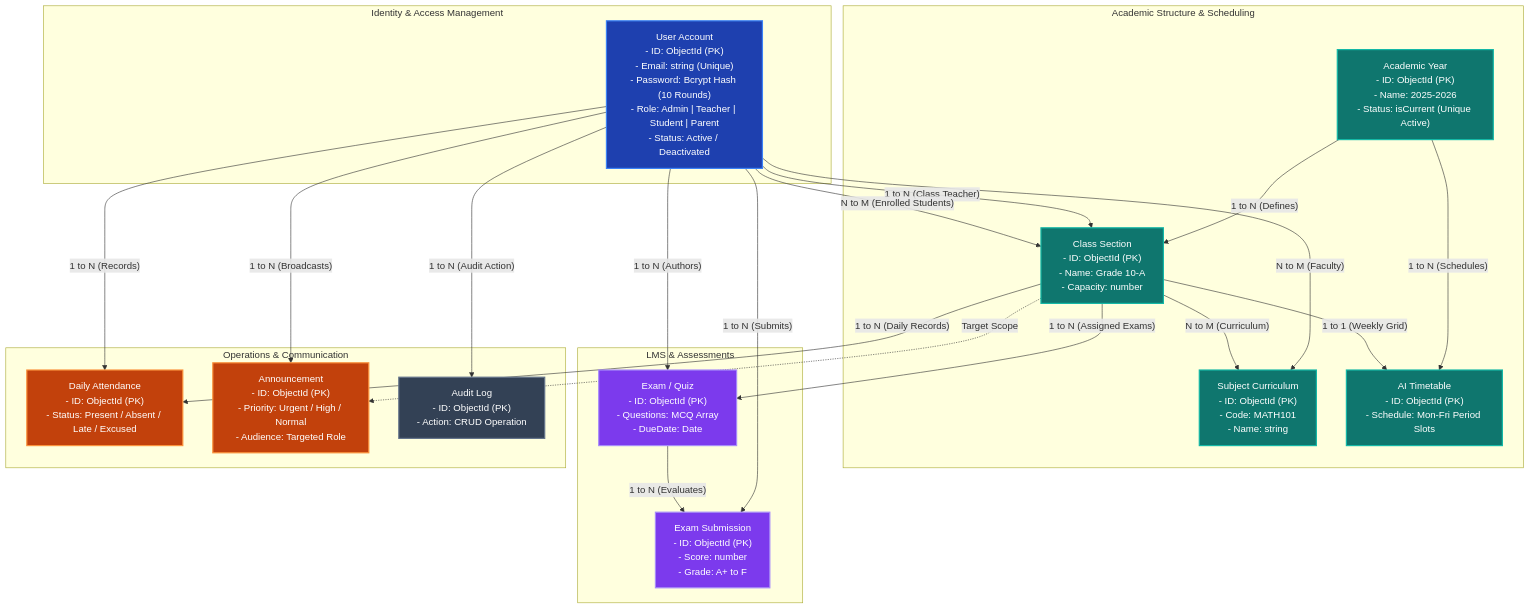
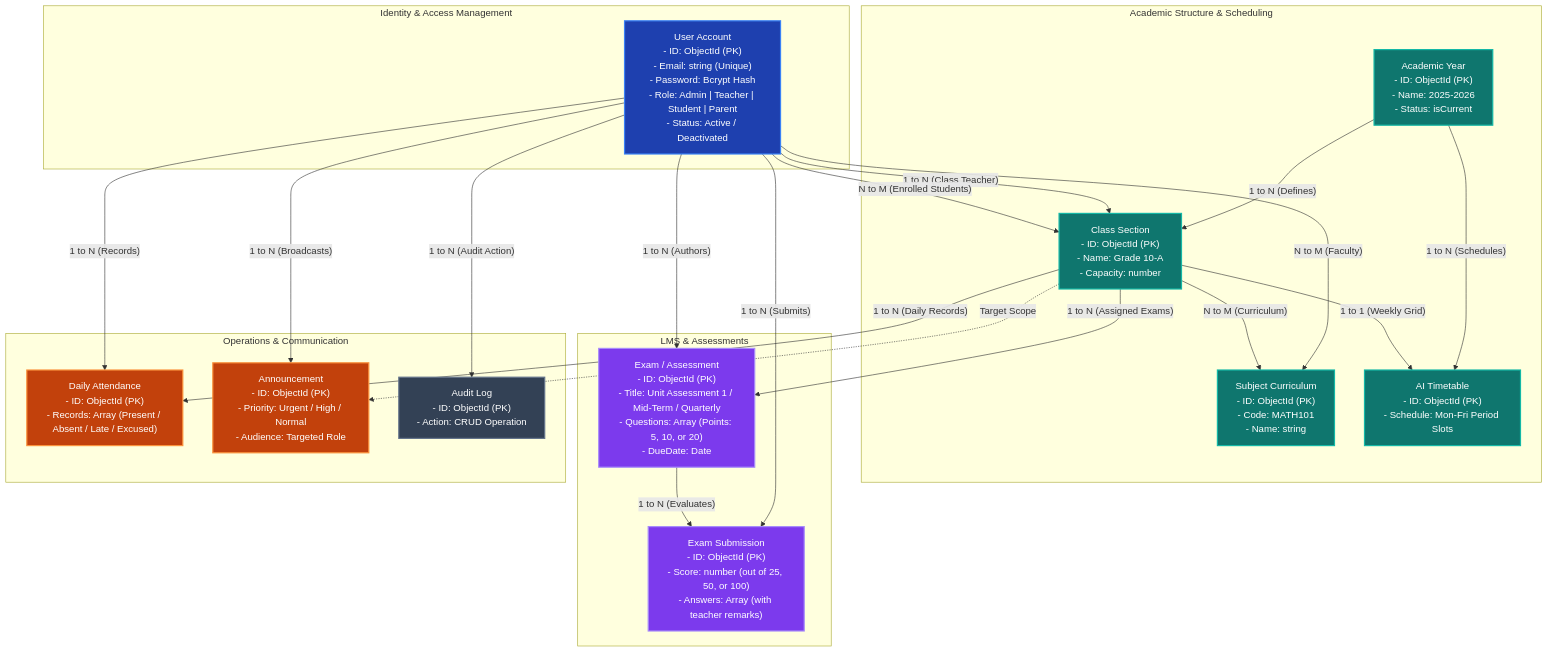
One commit to Sekhar01807/School-Management changed the second of 2 diagrams in readme.md. Above: the diagram before and after it, drawn with Mermaid. The commit also changed other lines of this file and 65 other files, not shown here.

````diff
--- a/readme.md
+++ b/readme.md
@@ -263,80 +283,81 @@
 ```mermaid
 flowchart TD
     classDef userNode fill:#1E40AF,stroke:#3B82F6,stroke-width:2px,color:#fff;
     classDef academicNode fill:#0F766E,stroke:#14B8A6,stroke-width:2px,color:#fff;
     classDef lmsNode fill:#7C3AED,stroke:#A78BFA,stroke-width:2px,color:#fff;
     classDef opsNode fill:#C2410C,stroke:#FB923C,stroke-width:2px,color:#fff;
     classDef logNode fill:#334155,stroke:#64748B,stroke-width:2px,color:#fff;
 
     subgraph UserManagement ["Identity & Access Management"]
         User["User Account
 - ID: ObjectId (PK)
 - Email: string (Unique)
-- Password: Bcrypt Hash (10 Rounds)
+- Password: Bcrypt Hash
 - Role: Admin | Teacher | Student | Parent
 - Status: Active / Deactivated"]:::userNode
     end
 
     subgraph AcademicCore ["Academic Structure & Scheduling"]
         AcademicYear["Academic Year
 - ID: ObjectId (PK)
 - Name: 2025-2026
-- Status: isCurrent (Unique Active)"]:::academicNode
+- Status: isCurrent"]:::academicNode
         ClassSection["Class Section
 - ID: ObjectId (PK)
 - Name: Grade 10-A
 - Capacity: number"]:::academicNode
         Subject["Subject Curriculum
 - ID: ObjectId (PK)
 - Code: MATH101
 - Name: string"]:::academicNode
         Timetable["AI Timetable
 - ID: ObjectId (PK)
 - Schedule: Mon-Fri Period Slots"]:::academicNode
     end
 
     subgraph LMSModule ["LMS & Assessments"]
-        Exam["Exam / Quiz
+        Exam["Exam / Assessment
 - ID: ObjectId (PK)
-- Questions: MCQ Array
+- Title: Unit Assessment 1 / Mid-Term / Quarterly
+- Questions: Array (Points: 5, 10, or 20)
 - DueDate: Date"]:::lmsNode
         Submission["Exam Submission
 - ID: ObjectId (PK)
-- Score: number
-- Grade: A+ to F"]:::lmsNode
+- Score: number (out of 25, 50, or 100)
+- Answers: Array (with teacher remarks)"]:::lmsNode
     end
 
     subgraph OperationsModule ["Operations & Communication"]
         Attendance["Daily Attendance
 - ID: ObjectId (PK)
-- Status: Present / Absent / Late / Excused"]:::opsNode
+- Records: Array (Present / Absent / Late / Excused)"]:::opsNode
         Announcement["Announcement
 - ID: ObjectId (PK)
 - Priority: Urgent / High / Normal
 - Audience: Targeted Role"]:::opsNode
         ActivitiesLog["Audit Log
 - ID: ObjectId (PK)
 - Action: CRUD Operation"]:::logNode
     end
 
     %% Relational Connections
     AcademicYear -->|"1 to N (Defines)"| ClassSection
     AcademicYear -->|"1 to N (Schedules)"| Timetable
     
     User -->|"1 to N (Class Teacher)"| ClassSection
     User -->|"N to M (Enrolled Students)"| ClassSection
     User -->|"N to M (Faculty)"| Subject
     User -->|"1 to N (Authors)"| Exam
     User -->|"1 to N (Submits)"| Submission
     User -->|"1 to N (Records)"| Attendance
     User -->|"1 to N (Broadcasts)"| Announcement
     User -->|"1 to N (Audit Action)"| ActivitiesLog
 
     ClassSection -->|"N to M (Curriculum)"| Subject
     ClassSection -->|"1 to 1 (Weekly Grid)"| Timetable
     ClassSection -->|"1 to N (Assigned Exams)"| Exam
     ClassSection -->|"1 to N (Daily Records)"| Attendance
     ClassSection -.->|"Target Scope"| Announcement
 
     Exam -->|"1 to N (Evaluates)"| Submission
 ```
````
